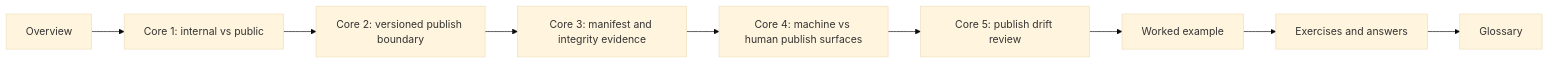
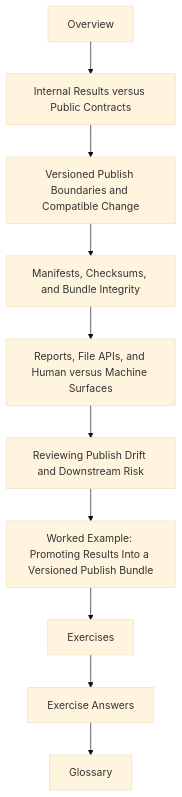
Before and after one commit to bijux/bijux-masterclass: the second of 2 diagrams in programs/reproducible-research/deep-dive-snakemake/course-book/module-06-publishing-downstream-contracts/index.md, drawn with Mermaid (base theme). The commit also changed other lines of this file and 2 other files, not shown here.

Commit message:
docs(snakemake): teach publish contract design

````diff
--- a/programs/reproducible-research/deep-dive-snakemake/course-book/module-06-publishing-downstream-contracts/index.md
+++ b/programs/reproducible-research/deep-dive-snakemake/course-book/module-06-publishing-downstream-contracts/index.md
@@ -79,11 +65,12 @@
 ```mermaid
-flowchart LR
-  overview["Overview"] --> core1["Core 1: internal vs public"]
-  core1 --> core2["Core 2: versioned publish boundary"]
-  core2 --> core3["Core 3: manifest and integrity evidence"]
-  core3 --> core4["Core 4: machine vs human publish surfaces"]
-  core4 --> core5["Core 5: publish drift review"]
-  core5 --> example["Worked example"]
-  example --> practice["Exercises and answers"]
-  practice --> glossary["Glossary"]
+flowchart TD
+  start["Overview"] --> core1["Internal Results versus Public Contracts"]
+  core1 --> core2["Versioned Publish Boundaries and Compatible Change"]
+  core2 --> core3["Manifests, Checksums, and Bundle Integrity"]
+  core3 --> core4["Reports, File APIs, and Human versus Machine Surfaces"]
+  core4 --> core5["Reviewing Publish Drift and Downstream Risk"]
+  core5 --> example["Worked Example: Promoting Results Into a Versioned Publish Bundle"]
+  example --> practice["Exercises"]
+  practice --> answers["Exercise Answers"]
+  answers --> glossary["Glossary"]
 ```
````
